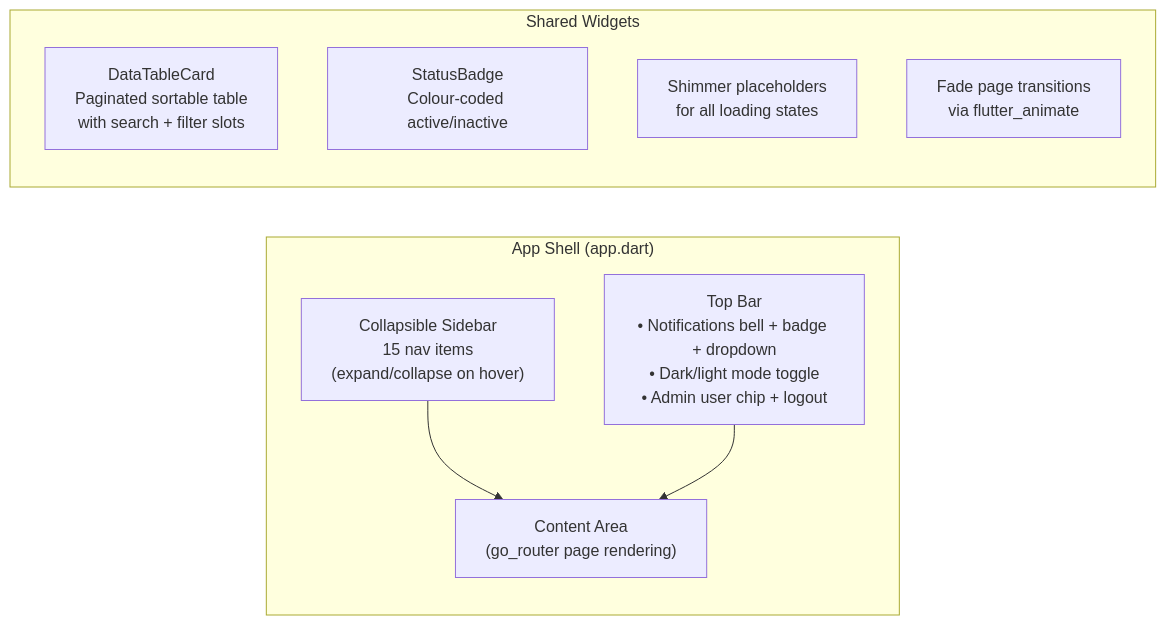
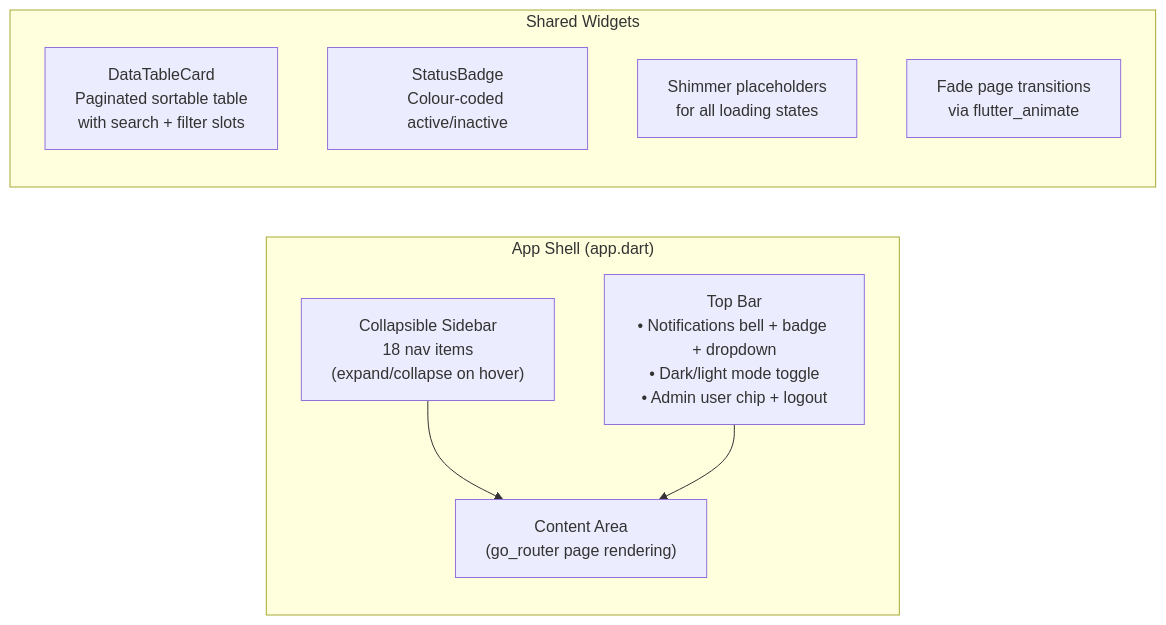
Before and after one commit to SKS-650/AI-Healthcare-Assistant-for-Rular-Areas: diagram 25 of 29 in README.md, drawn with Mermaid. The commit also changed other lines of this file and 38 other files, not shown here.

````diff
--- a/README.md
+++ b/README.md
@@ -2609,18 +2633,18 @@
 ```mermaid
 flowchart LR
     subgraph Shell["App Shell (app.dart)"]
-        SIDEBAR["Collapsible Sidebar\n15 nav items\n(expand/collapse on hover)"]
+        SIDEBAR["Collapsible Sidebar\n18 nav items\n(expand/collapse on hover)"]
         TOPBAR["Top Bar\n• Notifications bell + badge + dropdown\n• Dark/light mode toggle\n• Admin user chip + logout"]
         CONTENT["Content Area\n(go_router page rendering)"]
     end
 
     SIDEBAR --> CONTENT
     TOPBAR --> CONTENT
 
     subgraph Shared["Shared Widgets"]
         DTC["DataTableCard\nPaginated sortable table\nwith search + filter slots"]
         SB["StatusBadge\nColour-coded active/inactive"]
         SHIMMER["Shimmer placeholders\nfor all loading states"]
         FADE["Fade page transitions\nvia flutter_animate"]
     end
 ```
````
